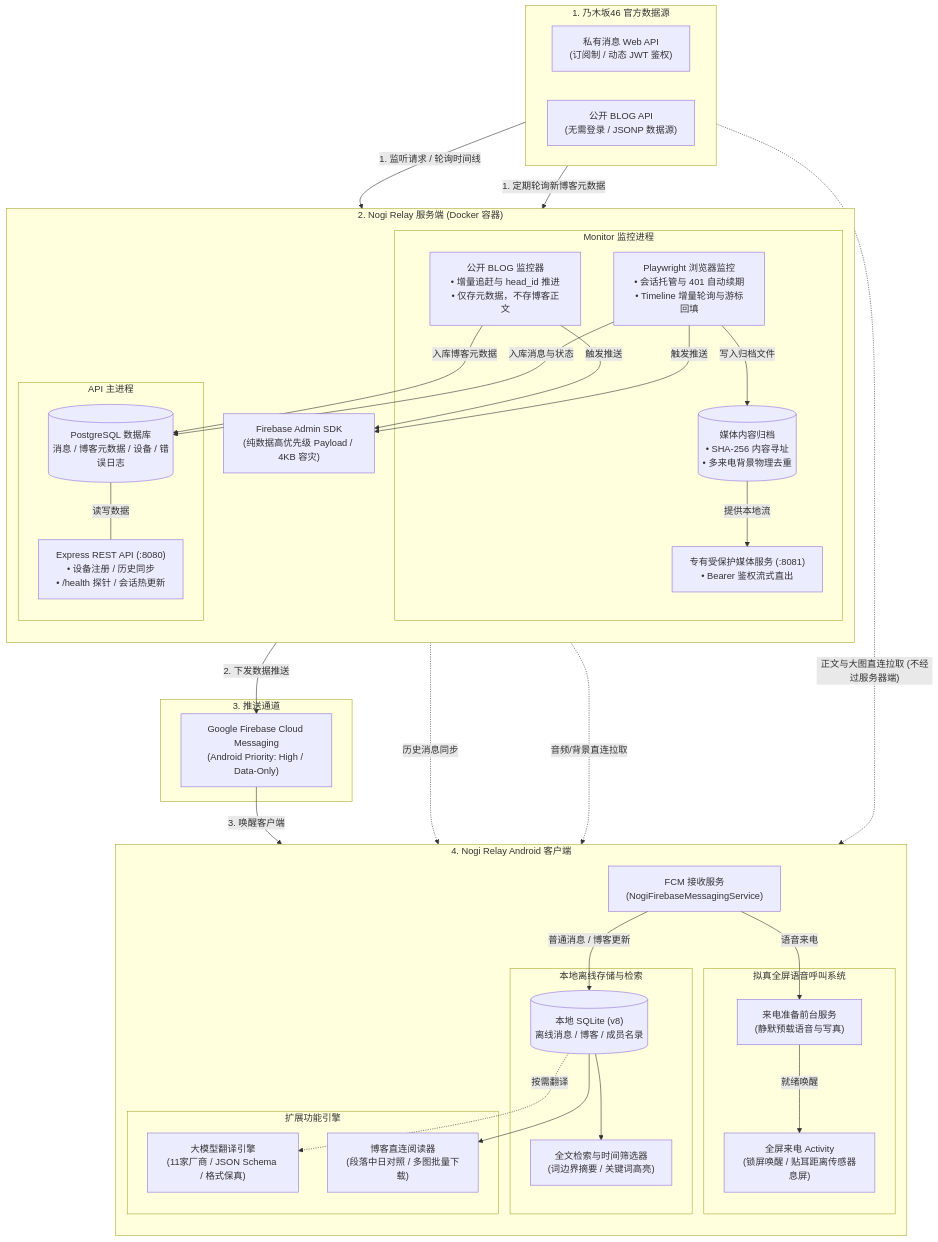
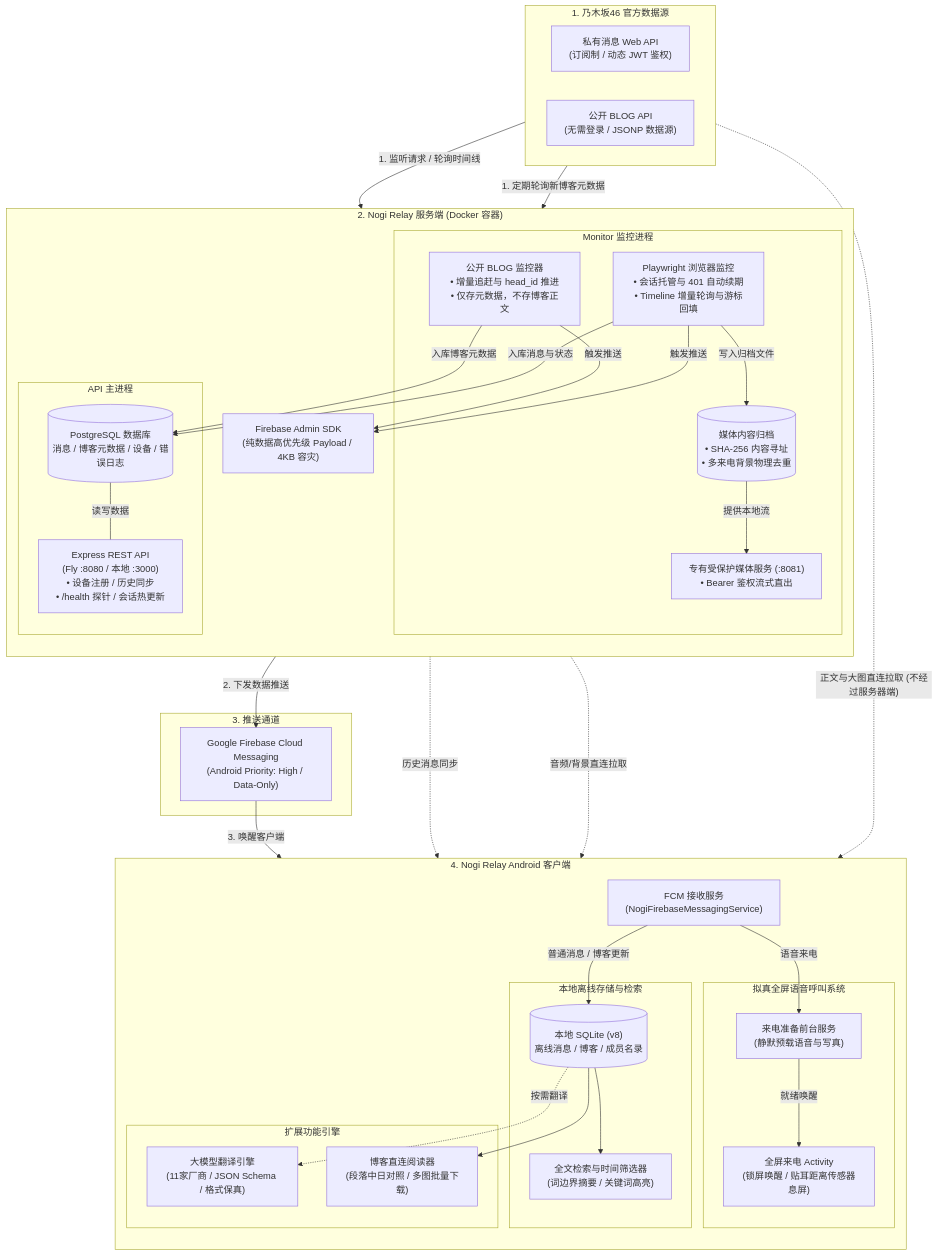
Before and after one commit to jishin-namazu/Nogizaka46-Relay: the first of 4 diagrams in DEVELOPMENT.md, drawn with Mermaid. The commit also changed other lines of this file and 28 other files, not shown here.

````diff
--- a/DEVELOPMENT.md
+++ b/DEVELOPMENT.md
@@ -52,77 +51,77 @@
 ```mermaid
 flowchart TD
     subgraph Sources["1. 乃木坂46 官方数据源"]
         direction LR
         NogiMsg["私有消息 Web API<br/>(订阅制 / 动态 JWT 鉴权)"]
         NogiBlog["公开 BLOG API<br/>(无需登录 / JSONP 数据源)"]
     end
 
     subgraph RelayServer["2. Nogi Relay 服务端 (Docker 容器)"]
         direction TB
         subgraph MonitorProc["Monitor 监控进程"]
             Browser["Playwright 浏览器监控<br/>• 会话托管与 401 自动续期<br/>• Timeline 增量轮询与游标回填"]
             BlogMon["公开 BLOG 监控器<br/>• 增量追赶与 head_id 推进<br/>• 仅存元数据，不存博客正文"]
             MediaStore[("媒体内容归档<br/>• SHA-256 内容寻址<br/>• 多来电背景物理去重")]
             MediaSrv["专有受保护媒体服务 (:8081)<br/>• Bearer 鉴权流式直出"]
         end
 
         subgraph ApiProc["API 主进程"]
-            RESTAPI["Express REST API (:8080)<br/>• 设备注册 / 历史同步<br/>• /health 探针 / 会话热更新"]
+            RESTAPI["Express REST API<br/>(Fly :8080 / 本地 :3000)<br/>• 设备注册 / 历史同步<br/>• /health 探针 / 会话热更新"]
             DB[(PostgreSQL 数据库<br/>消息 / 博客元数据 / 设备 / 错误日志)]
         end
 
         FCMService["Firebase Admin SDK<br/>(纯数据高优先级 Payload / 4KB 容灾)"]
 
         Browser -->|"写入归档文件"| MediaStore
         MediaStore -->|"提供本地流"| MediaSrv
         Browser -->|"入库消息与状态"| DB
         BlogMon -->|"入库博客元数据"| DB
         DB ---|"读写数据"| RESTAPI
         Browser -->|"触发推送"| FCMService
         BlogMon -->|"触发推送"| FCMService
     end
 
     subgraph PushNetwork["3. 推送通道"]
         FCM["Google Firebase Cloud Messaging<br/>(Android Priority: High / Data-Only)"]
     end
 
     subgraph AndroidClient["4. Nogi Relay Android 客户端"]
         direction TB
         FCMReceiver["FCM 接收服务<br/>(NogiFirebaseMessagingService)"]
 
         subgraph InCallSys["拟真全屏语音呼叫系统"]
             PrepService["来电准备前台服务<br/>(静默预载语音与写真)"]
             CallActivity["全屏来电 Activity<br/>(锁屏唤醒 / 贴耳距离传感器息屏)"]
         end
 
         subgraph StorageSearch["本地离线存储与检索"]
             LocalDB[("本地 SQLite (v8)<br/>离线消息 / 博客 / 成员名录")]
             SearchEngine["全文检索与时间筛选器<br/>(词边界摘要 / 关键词高亮)"]
         end
 
         subgraph ExtEngines["扩展功能引擎"]
             BlogUI["博客直连阅读器<br/>(段落中日对照 / 多图批量下载)"]
             AITrans["大模型翻译引擎<br/>(11家厂商 / JSON Schema / 格式保真)"]
         end
 
         FCMReceiver -->|"语音来电"| PrepService
         PrepService -->|"就绪唤醒"| CallActivity
         FCMReceiver -->|"普通消息 / 博客更新"| LocalDB
         LocalDB --> SearchEngine
         LocalDB --> BlogUI
         LocalDB -.->|"按需翻译"| AITrans
     end
 
     %% 主干链路 (从上至下平滑推进，避免交叉重叠)
     NogiMsg -->|"1. 监听请求 / 轮询时间线"| Browser
     NogiBlog -->|"1. 定期轮询新博客元数据"| BlogMon
     FCMService -->|"2. 下发数据推送"| FCM
     FCM -->|"3. 唤醒客户端"| FCMReceiver
 
     %% 客户端与服务端的补充同步链路 (从上层下发至客户端，顺向连接)
     RESTAPI -.->|"历史消息同步"| LocalDB
     MediaSrv -.->|"音频/背景直连拉取"| PrepService
 
     %% 客户端直连官网 (外侧顺向连接)
     NogiBlog -.->|"正文与大图直连拉取 (不经过服务器端)"| BlogUI
 ```
````
